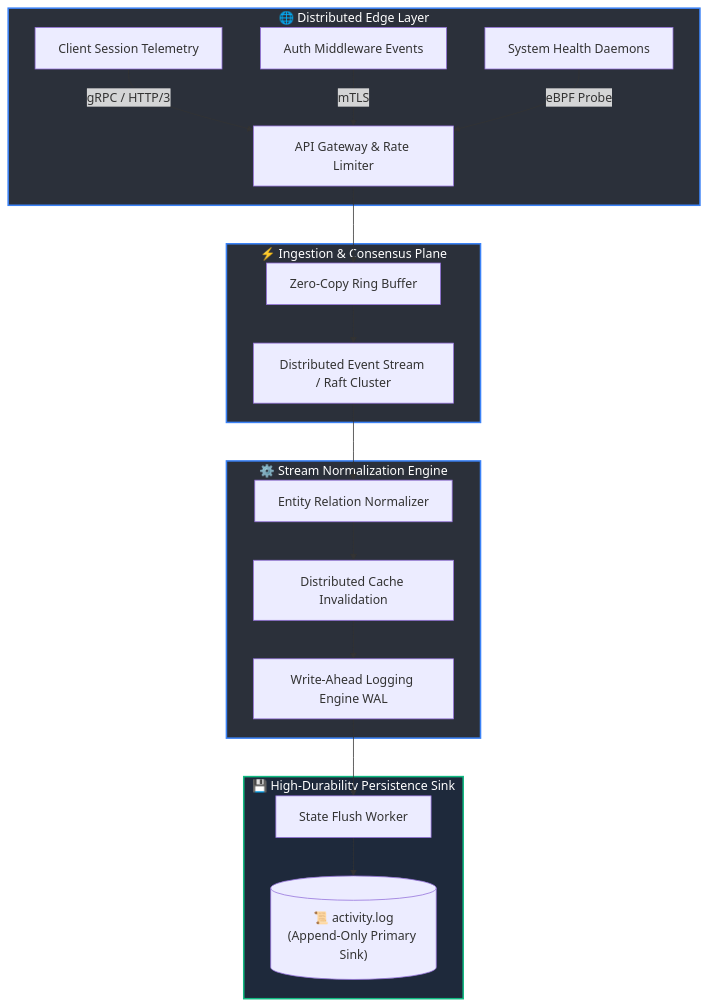
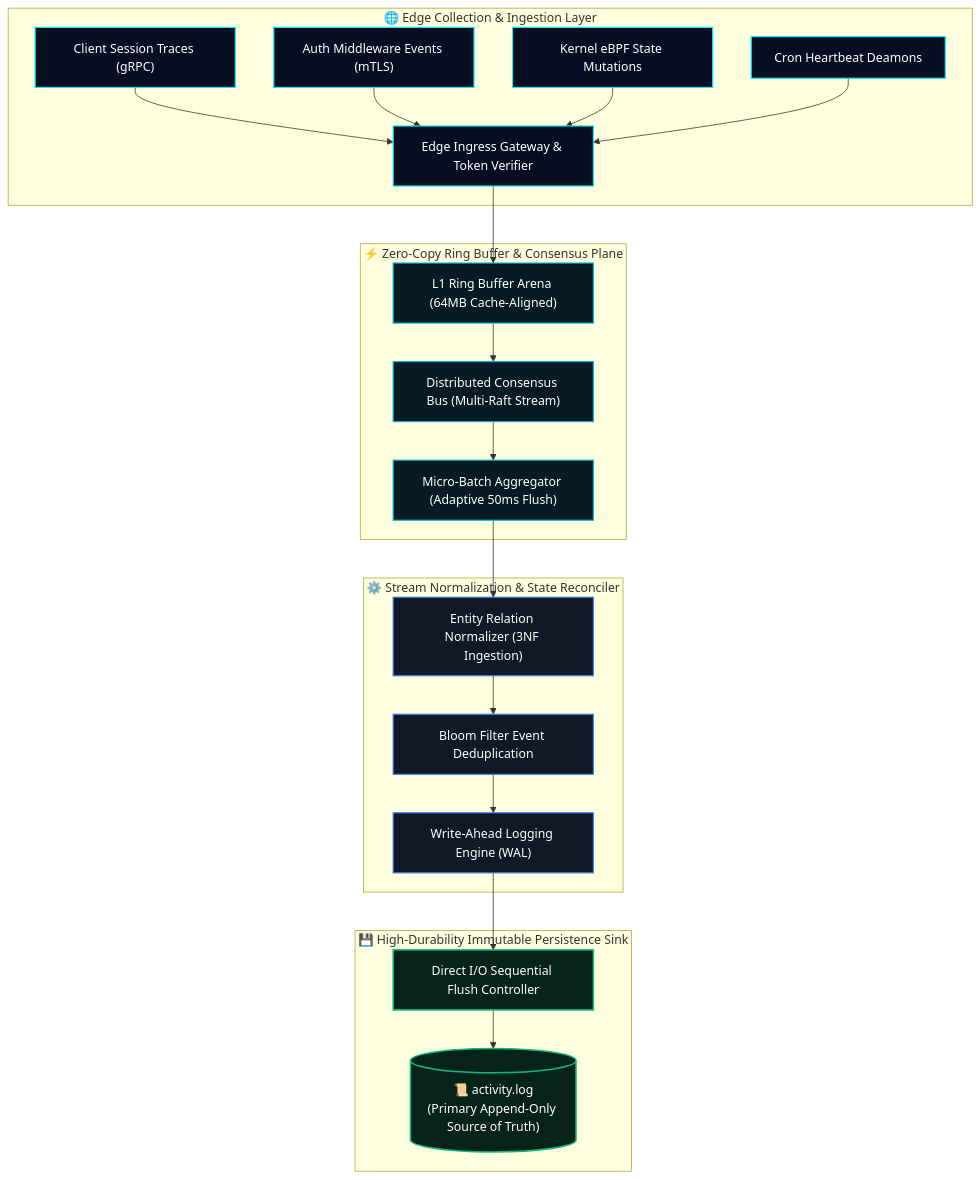
The diagram in README.md (Cell1991/activity-matrix), drawn with Mermaid before and after one commit. The commit also changed other lines of this file, not shown here.

Commit message:
docs(compendium): elevate activity telemetry matrix to enterprise compendium gold-standard

````diff
--- a/README.md
+++ b/README.md
@@ -34,29 +91,36 @@
 ```mermaid
 flowchart TD
-    subgraph Edge ["🌐 Distributed Edge Layer"]
-        A1[Client Session Telemetry] -->|gRPC / HTTP/3| GW[API Gateway & Rate Limiter]
-        A2[Auth Middleware Events] -->|mTLS| GW
-        A3[System Health Daemons] -->|eBPF Probe| GW
+    subgraph Edge ["🌐 Edge Collection & Ingestion Layer"]
+        A1["Client Session Traces (gRPC)"] --> GW["Edge Ingress Gateway & Token Verifier"]
+        A2["Auth Middleware Events (mTLS)"] --> GW
+        A3["Kernel eBPF State Mutations"] --> GW
+        A4["Cron Heartbeat Deamons"] --> GW
     end
 
-    subgraph Ingestion ["⚡ Ingestion & Consensus Plane"]
-        GW --> Buffer[Zero-Copy Ring Buffer]
-        Buffer --> Kafka[Distributed Event Stream / Raft Cluster]
+    subgraph Memory ["⚡ Zero-Copy Ring Buffer & Consensus Plane"]
+        GW --> Ring["L1 Ring Buffer Arena (64MB Cache-Aligned)"]
+        Ring --> Raft["Distributed Consensus Bus (Multi-Raft Stream)"]
+        Raft --> Batch["Micro-Batch Aggregator (Adaptive 50ms Flush)"]
     end
 
-    subgraph Processing ["⚙️ Stream Normalization Engine"]
-        Kafka --> Filter[Entity Relation Normalizer]
-        Filter --> Dedupe[Distributed Cache Invalidation]
-        Dedupe --> Wal[Write-Ahead Logging Engine WAL]
+    subgraph Processing ["⚙️ Stream Normalization & State Reconciler"]
+        Batch --> Norm["Entity Relation Normalizer (3NF Ingestion)"]
+        Norm --> Dedup["Bloom Filter Event Deduplication"]
+        Dedup --> WalEngine["Write-Ahead Logging Engine (WAL)"]
     end
 
-    subgraph Storage ["💾 High-Durability Persistence Sink"]
-        Wal --> Sync[State Flush Worker]
-        Sync --> LogFile[("📜 activity.log\n(Append-Only Primary Sink)")]
+    subgraph Storage ["💾 High-Durability Immutable Persistence Sink"]
+        WalEngine --> Sync["Direct I/O Sequential Flush Controller"]
+        Sync --> PrimarySink[("📜 activity.log\n(Primary Append-Only Source of Truth)")]
     end
 
-    classDef primary fill:#2b303a,stroke:#3b82f6,stroke-width:2px,color:#fff;
-    classDef storage fill:#1e293b,stroke:#10b981,stroke-width:2px,color:#fff;
-    class Edge,Ingestion,Processing primary;
-    class Storage storage;
+    classDef edge fill:#080e22,stroke:#00f2fe,stroke-width:1.5px,color:#ffffff;
+    classDef memory fill:#081b24,stroke:#06b6d4,stroke-width:1.5px,color:#ffffff;
+    classDef processing fill:#111827,stroke:#3b82f6,stroke-width:1.5px,color:#ffffff;
+    classDef storage fill:#06231a,stroke:#10b981,stroke-width:2px,color:#ffffff;
+
+    class A1,A2,A3,A4,GW edge;
+    class Ring,Raft,Batch memory;
+    class Norm,Dedup,WalEngine processing;
+    class Sync,PrimarySink storage;
 ```
````
